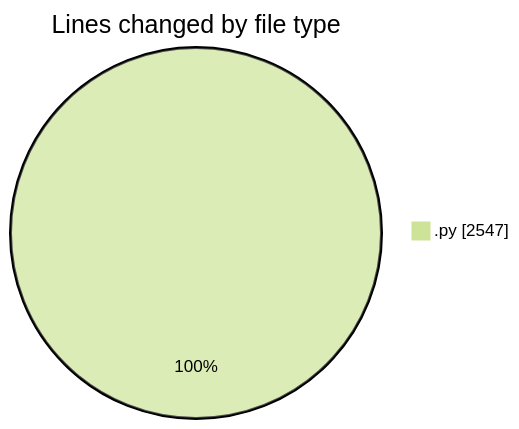
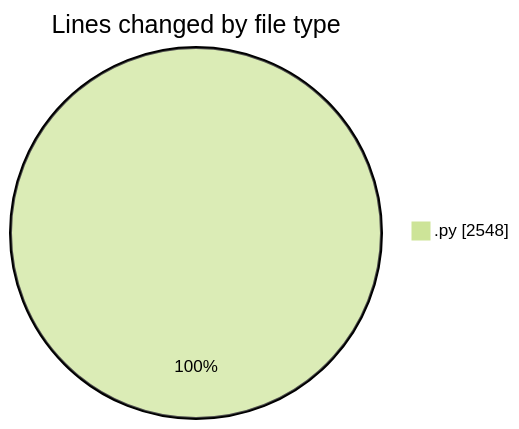
The first of 2 diagrams in 2026-01-11/dsa/README.md (Ritupan-Deka/code-tracking), drawn with Mermaid (forest theme) before and after one commit. The commit also changed other lines of this file and 1 other file, not shown here.

````diff
--- a/2026-01-11/dsa/README.md
+++ b/2026-01-11/dsa/README.md
@@ -21,5 +21,5 @@
 ```mermaid
 pie showData
 title Lines changed by file type
-".py" : 2547
+".py" : 2548
 ```
````
